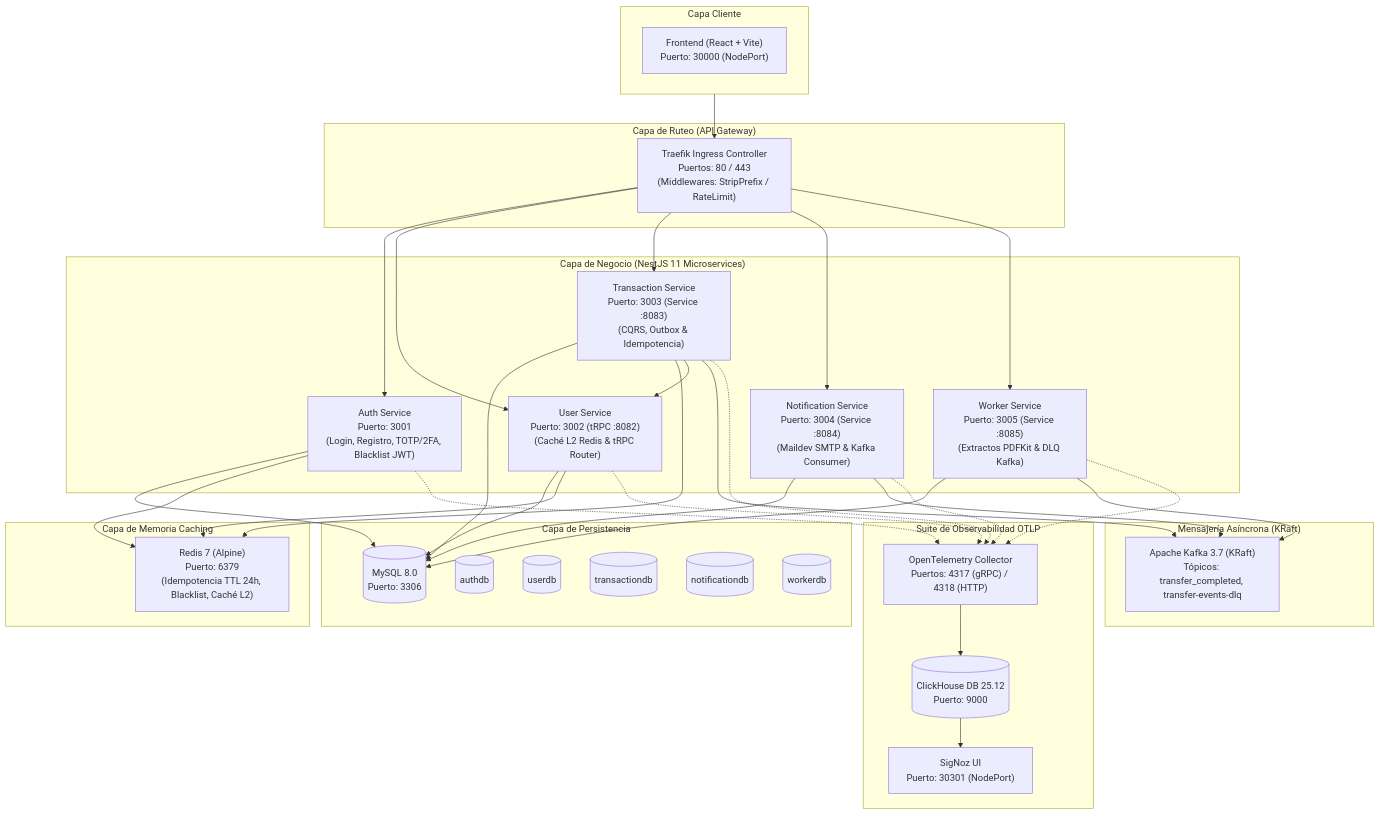
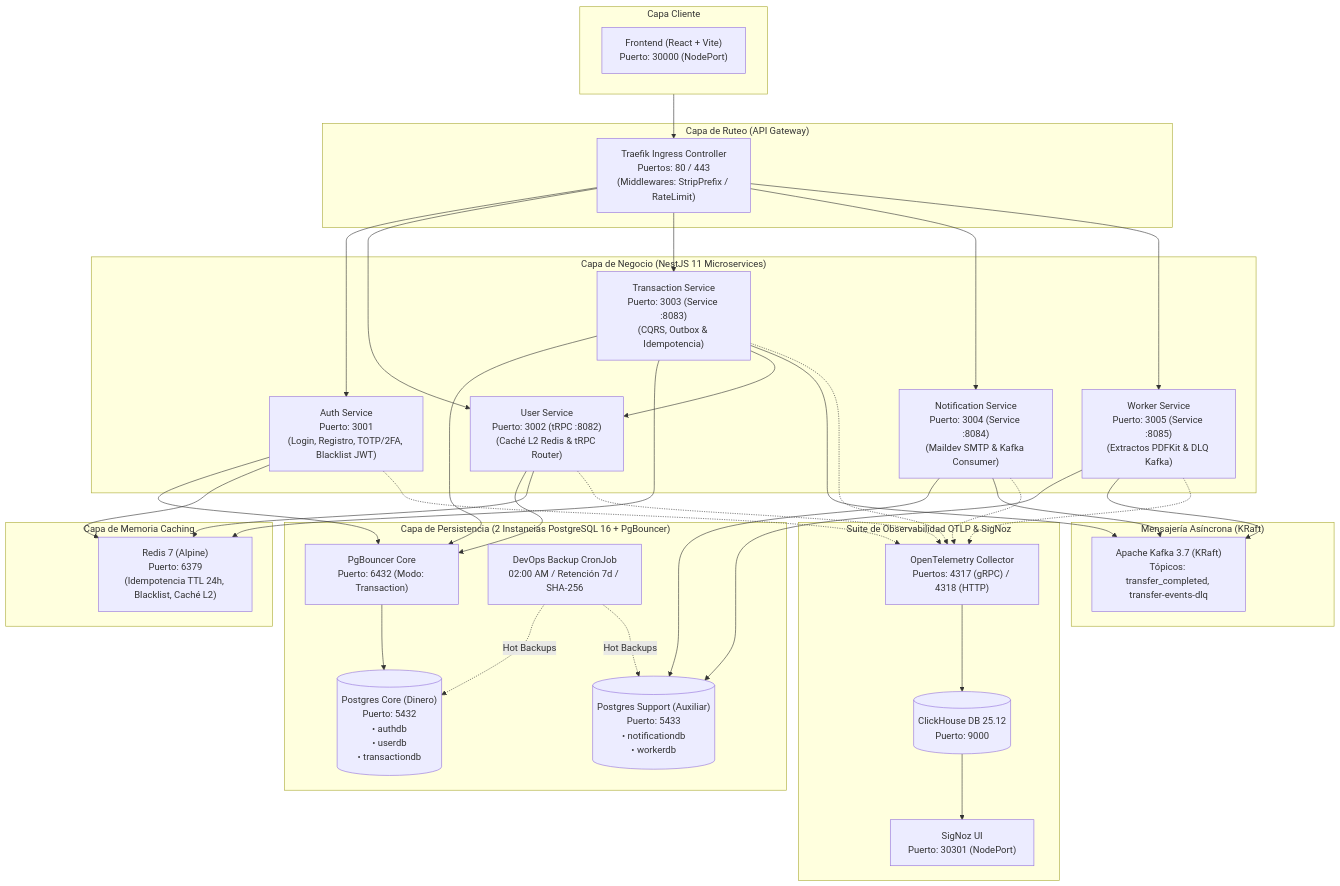
Before and after one commit to bleidertcs/fintech-wallet: the diagram in README.md, drawn with Mermaid. The commit also changed 17 other files, not shown here.

Commit message:
feat: generate project graph visualization and add documentation for infrastructure and Kubernetes workflows

````diff
--- a/README.md
+++ b/README.md
@@ -9,69 +9,69 @@
 ```mermaid
 graph TD
     subgraph Client ["Capa Cliente"]
         Frontend["Frontend (React + Vite)<br>Puerto: 30000 (NodePort)"]
     end
 
     subgraph Gateway ["Capa de Ruteo (API Gateway)"]
         Traefik["Traefik Ingress Controller<br>Puertos: 80 / 443<br>(Middlewares: StripPrefix / RateLimit)"]
     end
 
     subgraph Microservices ["Capa de Negocio (NestJS 11 Microservices)"]
         AuthService["Auth Service<br>Puerto: 3001<br>(Login, Registro, TOTP/2FA, Blacklist JWT)"]
         UserService["User Service<br>Puerto: 3002 (tRPC :8082)<br>(Caché L2 Redis & tRPC Router)"]
         TransactionService["Transaction Service<br>Puerto: 3003 (Service :8083)<br>(CQRS, Outbox & Idempotencia)"]
         NotificationService["Notification Service<br>Puerto: 3004 (Service :8084)<br>(Maildev SMTP & Kafka Consumer)"]
         WorkerService["Worker Service<br>Puerto: 3005 (Service :8085)<br>(Extractos PDFKit & DLQ Kafka)"]
     end
 
     subgraph CacheLayer ["Capa de Memoria Caching"]
         Redis["Redis 7 (Alpine)<br>Puerto: 6379<br>(Idempotencia TTL 24h, Blacklist, Caché L2)"]
     end
 
     subgraph Messaging ["Mensajería Asíncrona (KRaft)"]
         Kafka["Apache Kafka 3.7 (KRaft)<br>Tópicos: transfer_completed, transfer-events-dlq"]
     end
 
-    subgraph Database ["Capa de Persistencia"]
-        MySQL[("MySQL 8.0<br>Puerto: 3306")]
-        AuthDB[("authdb")]
-        UserDB[("userdb")]
-        TransactionDB[("transactiondb")]
-        NotificationDB[("notificationdb")]
-        WorkerDB[("workerdb")]
+    subgraph Database ["Capa de Persistencia (2 Instancias PostgreSQL 16 + PgBouncer)"]
+        PgBouncer["PgBouncer Core<br>Puerto: 6432 (Modo: Transaction)"]
+        PostgresCore[("Postgres Core (Dinero)<br>Puerto: 5432<br>• authdb<br>• userdb<br>• transactiondb")]
+        PostgresSupport[("Postgres Support (Auxiliar)<br>Puerto: 5433<br>• notificationdb<br>• workerdb")]
+        BackupCron["DevOps Backup CronJob<br>02:00 AM / Retención 7d / SHA-256"]
     end
 
-    subgraph Observability ["Suite de Observabilidad OTLP"]
+    subgraph Observability ["Suite de Observabilidad OTLP & SigNoz"]
         OTelCollector["OpenTelemetry Collector<br>Puertos: 4317 (gRPC) / 4318 (HTTP)"]
         ClickHouse[("ClickHouse DB 25.12<br>Puerto: 9000")]
         SigNoz["SigNoz UI<br>Puerto: 30301 (NodePort)"]
     end
 
     Client --> Traefik
     Traefik --> AuthService
     Traefik --> UserService
     Traefik --> TransactionService
     Traefik --> NotificationService
     Traefik --> WorkerService
 
-    AuthService --> MySQL
+    AuthService --> PgBouncer
     AuthService --> Redis
-    UserService --> MySQL
+    UserService --> PgBouncer
     UserService --> Redis
-    TransactionService --> MySQL
+    TransactionService --> PgBouncer
     TransactionService --> Redis
+    PgBouncer --> PostgresCore
     TransactionService --> UserService
     TransactionService --> Kafka
-    NotificationService --> MySQL
+    NotificationService --> PostgresSupport
     NotificationService --> Kafka
-    WorkerService --> MySQL
+    WorkerService --> PostgresSupport
     WorkerService --> Kafka
+    BackupCron -.->|Hot Backups| PostgresCore & PostgresSupport
 
     AuthService -.-> OTelCollector
     UserService -.-> OTelCollector
     TransactionService -.-> OTelCollector
     NotificationService -.-> OTelCollector
     WorkerService -.-> OTelCollector
     OTelCollector --> ClickHouse
     ClickHouse --> SigNoz
 ```
````
